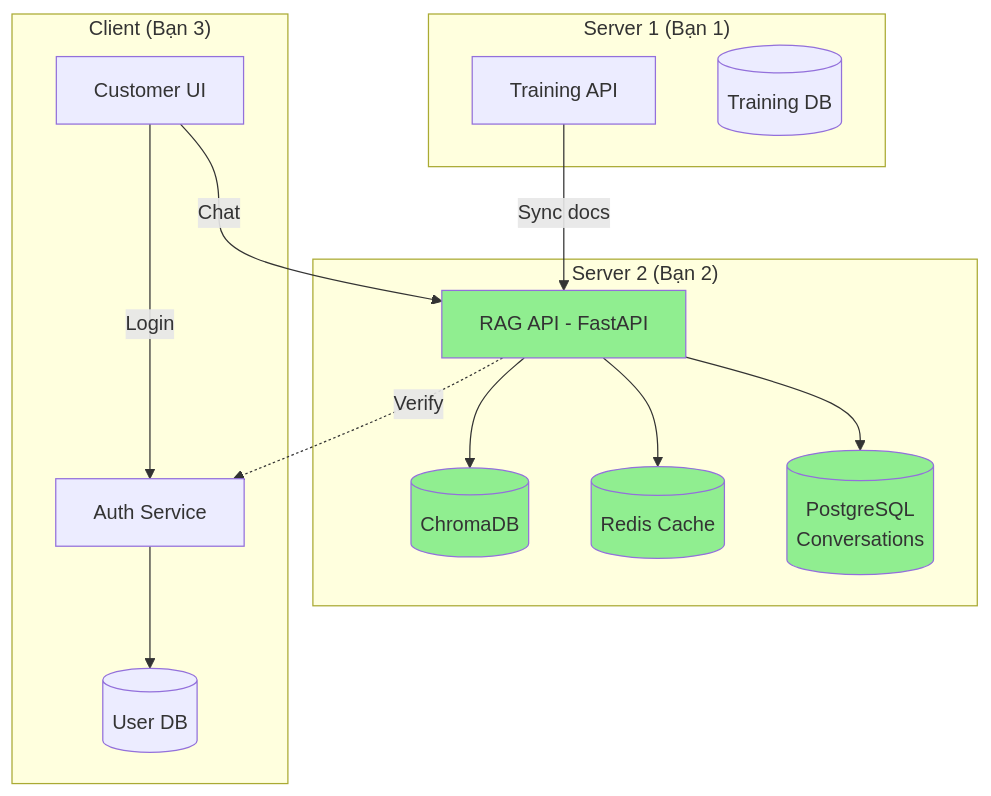
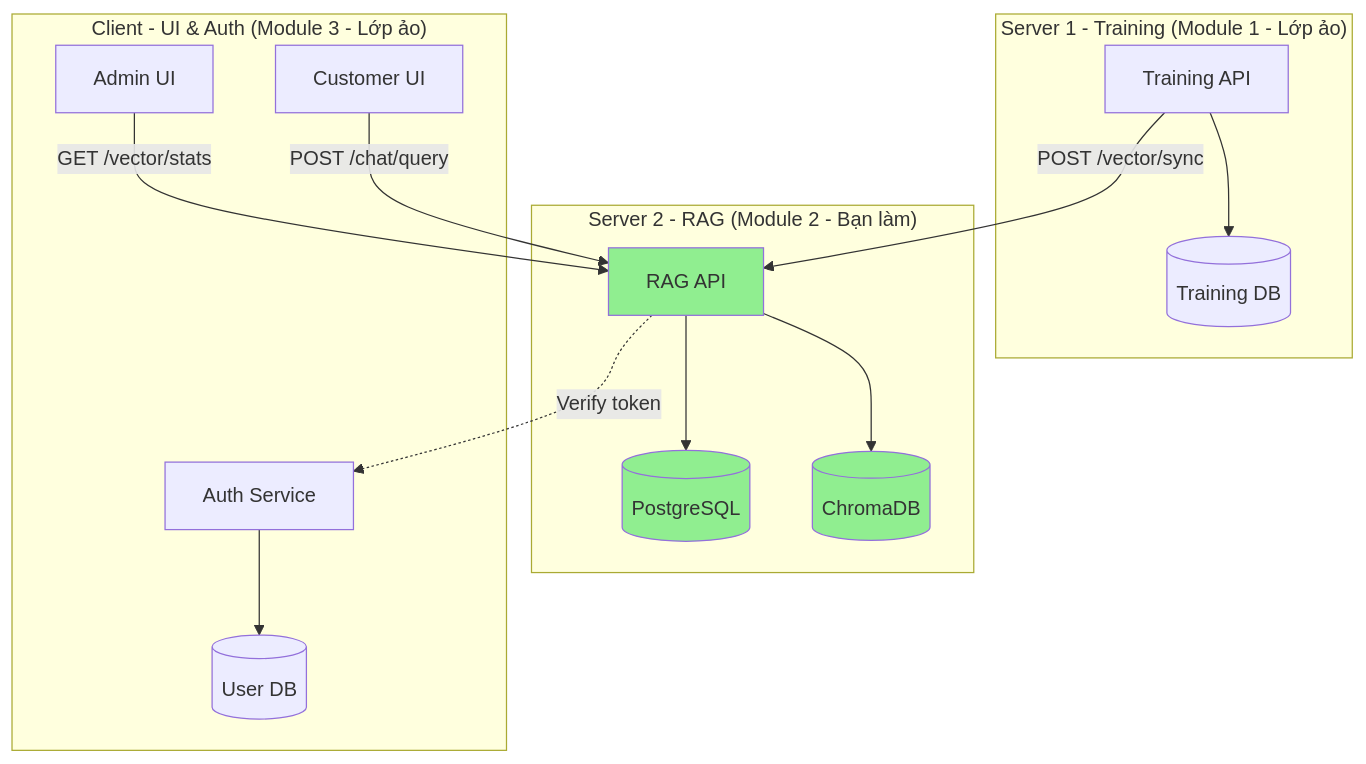
Before and after one commit to tvanle/Module2-HTTM: diagram 12 of 13 in README.md, drawn with Mermaid. The commit also changed other lines of this file, not shown here.

````diff
--- a/README.md
+++ b/README.md
@@ -569,35 +730,33 @@
 ```mermaid
 graph TB
-    subgraph "Server 1 (Bạn 1)"
+    subgraph "Server 1 - Training (Module 1 - Lớp ảo)"
         S1[Training API]
         DB1[(Training DB)]
+        S1 --> DB1
     end
 
-    subgraph "Server 2 (Bạn 2)"
-        S2[RAG API - FastAPI]
+    subgraph "Server 2 - RAG (Module 2 - Bạn làm)"
+        S2[RAG API]
         VDB[(ChromaDB)]
-        Redis[(Redis Cache)]
-        PG[(PostgreSQL<br/>Conversations)]
-
+        PG[(PostgreSQL)]
         S2 --> VDB
-        S2 --> Redis
         S2 --> PG
     end
 
-    subgraph "Client (Bạn 3)"
+    subgraph "Client - UI & Auth (Module 3 - Lớp ảo)"
         Auth[Auth Service]
-        C2[Customer UI]
+        Admin[Admin UI]
+        Customer[Customer UI]
         DB2[(User DB)]
         Auth --> DB2
     end
 
-    S1 -->|Sync docs| S2
-    C2 -->|Chat| S2
-    C2 -->|Login| Auth
-    S2 -.->|Verify| Auth
+    S1 -->|POST /vector/sync| S2
+    Customer -->|POST /chat/query| S2
+    Admin -->|GET /vector/stats| S2
+    S2 -.->|Verify token| Auth
 
     style S2 fill:#90EE90
     style VDB fill:#90EE90
-    style Redis fill:#90EE90
     style PG fill:#90EE90
 ```
````
